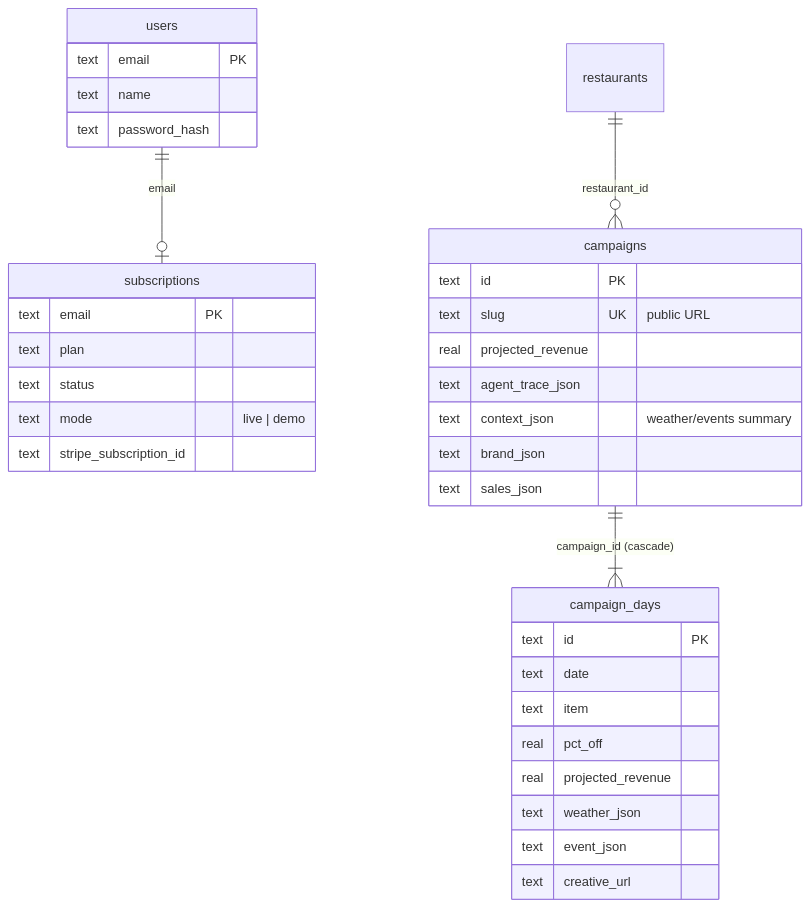
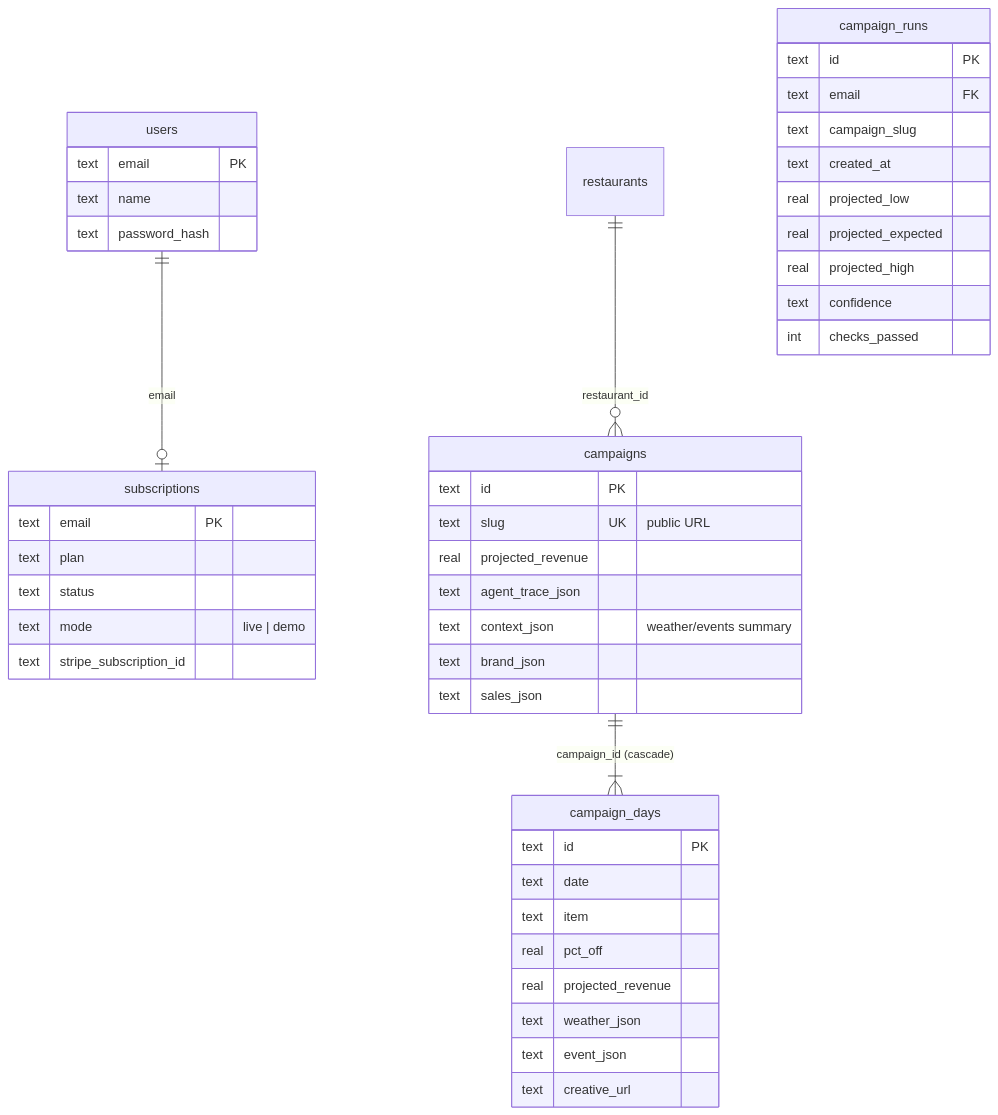
Before and after one commit to rohitdvv/swell: the fourth of 4 diagrams in ARCHITECTURE.md, drawn with Mermaid. The commit also changed other lines of this file and 13 other files, not shown here.

````diff
--- a/ARCHITECTURE.md
+++ b/ARCHITECTURE.md
@@ -174,37 +198,48 @@
 ```mermaid
 erDiagram
   users ||--o| subscriptions : "email"
   restaurants ||--o{ campaigns : "restaurant_id"
   campaigns ||--|{ campaign_days : "campaign_id (cascade)"
   users {
     text email PK
     text name
     text password_hash
   }
   subscriptions {
     text email PK
     text plan
     text status
     text mode "live | demo"
     text stripe_subscription_id
   }
   campaigns {
     text id PK
     text slug UK "public URL"
     real projected_revenue
     text agent_trace_json
     text context_json "weather/events summary"
     text brand_json
     text sales_json
   }
   campaign_days {
     text id PK
     text date
     text item
     real pct_off
     real projected_revenue
     text weather_json
     text event_json
     text creative_url
   }
+  campaign_runs {
+    text id PK
+    text email FK
+    text campaign_slug
+    text created_at
+    real projected_low
+    real projected_expected
+    real projected_high
+    text confidence
+    int checks_passed
+  }
 ```
````
